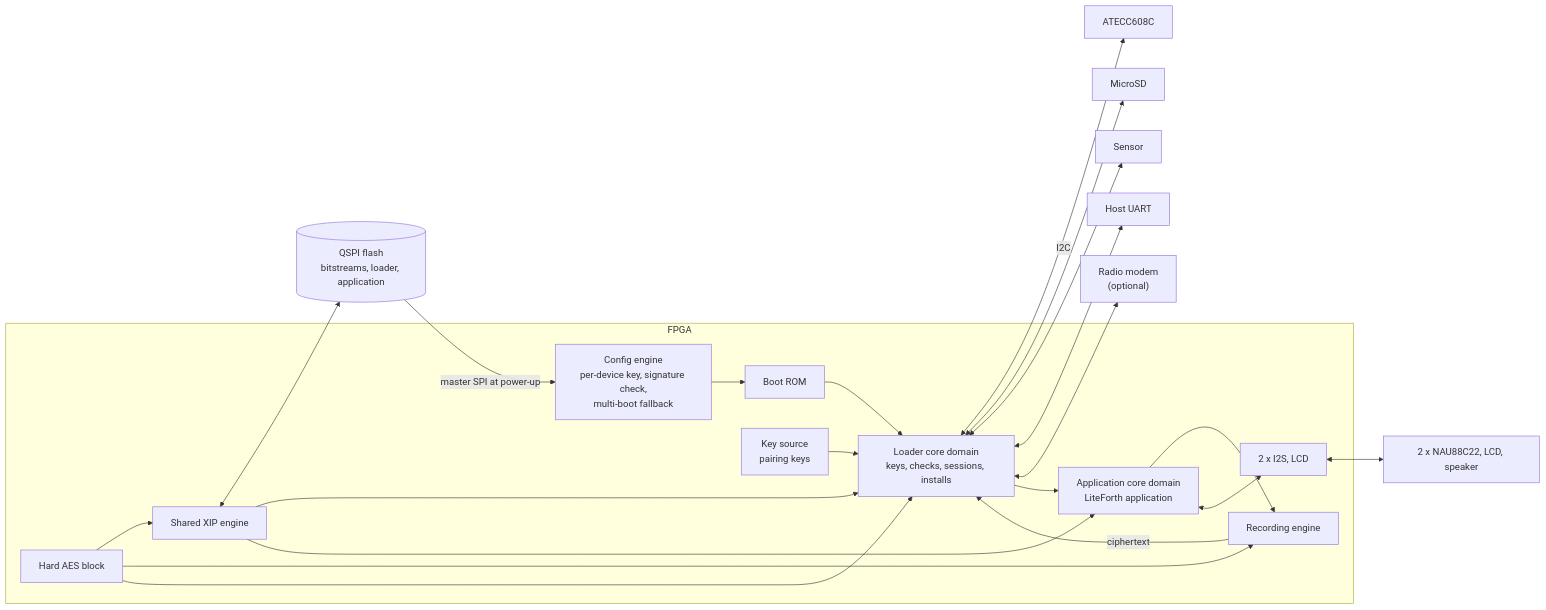
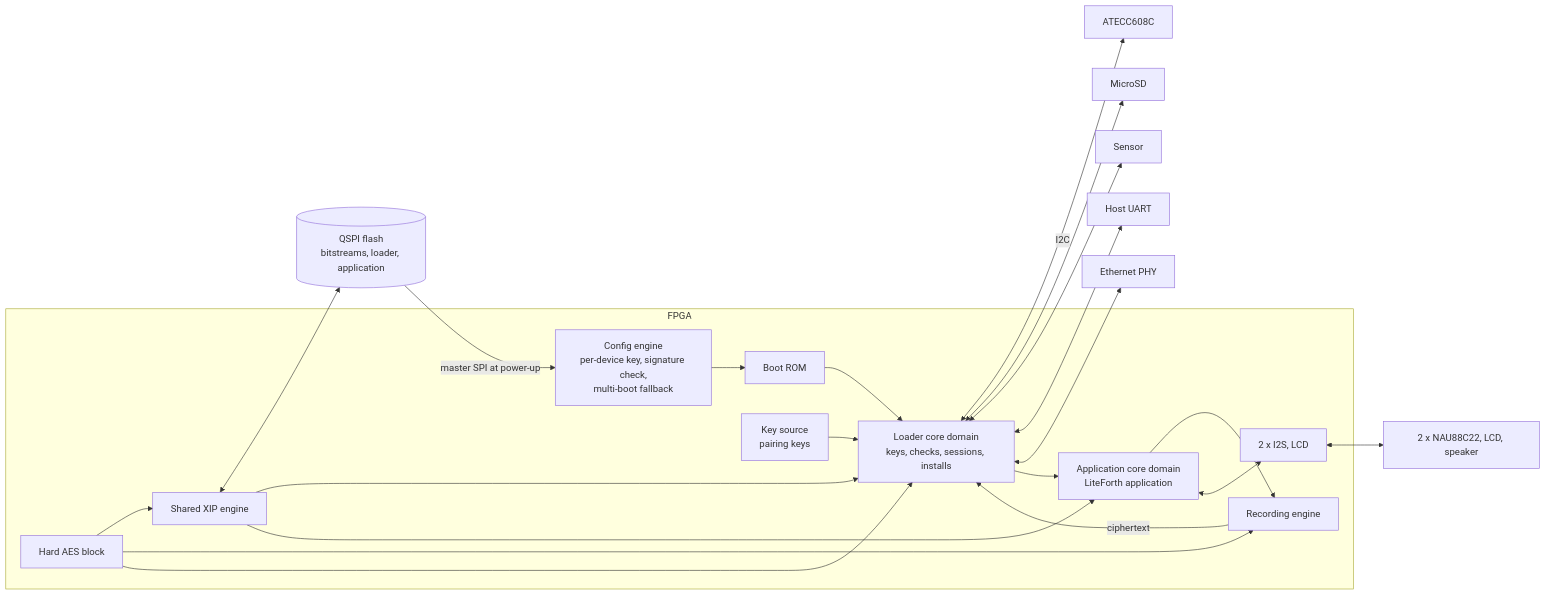
One commit to bradleyeckert/thriller changed the diagram in doc/fpga.md. Above: the diagram before and after it, drawn with Mermaid. The commit also changed 14 other files, not shown here.

````diff
--- a/doc/fpga.md
+++ b/doc/fpga.md
@@ -12,33 +12,33 @@
 ```mermaid
 flowchart LR
   subgraph FPGA["FPGA"]
     CFG["Config engine<br/>per-device key, signature check,<br/>multi-boot fallback"]
     ROM["Boot ROM"]
     LDR["Loader core domain<br/>keys, checks, sessions, installs"]
     APP["Application core domain<br/>LiteForth application"]
     AES["Hard AES block"]
     KEYS["Key source<br/>pairing keys"]
     XIP["Shared XIP engine"]
     REC["Recording engine"]
     ACQ["2 x I2S, LCD"]
   end
   FL[("QSPI flash<br/>bitstreams, loader, application")]
   SE["ATECC608C"]
   SD["MicroSD"]
   SNS["Sensor"]
   HOST["Host UART"]
-  MDM["Radio modem<br/>(optional)"]
+  ETH["Ethernet PHY"]
   COD["2 x NAU88C22, LCD, speaker"]
   FL -->|"master SPI at power-up"| CFG
   CFG --> ROM --> LDR
   KEYS --> LDR
   LDR <-->|I2C| SE
-  LDR <--> SD & SNS & HOST & MDM
+  LDR <--> SD & SNS & HOST & ETH
   LDR --> APP
   XIP <--> FL
   XIP --> LDR & APP
   AES --> XIP & REC & LDR
   APP --> REC
   APP <--> ACQ <--> COD
   REC -->|ciphertext| LDR
 ```
````
